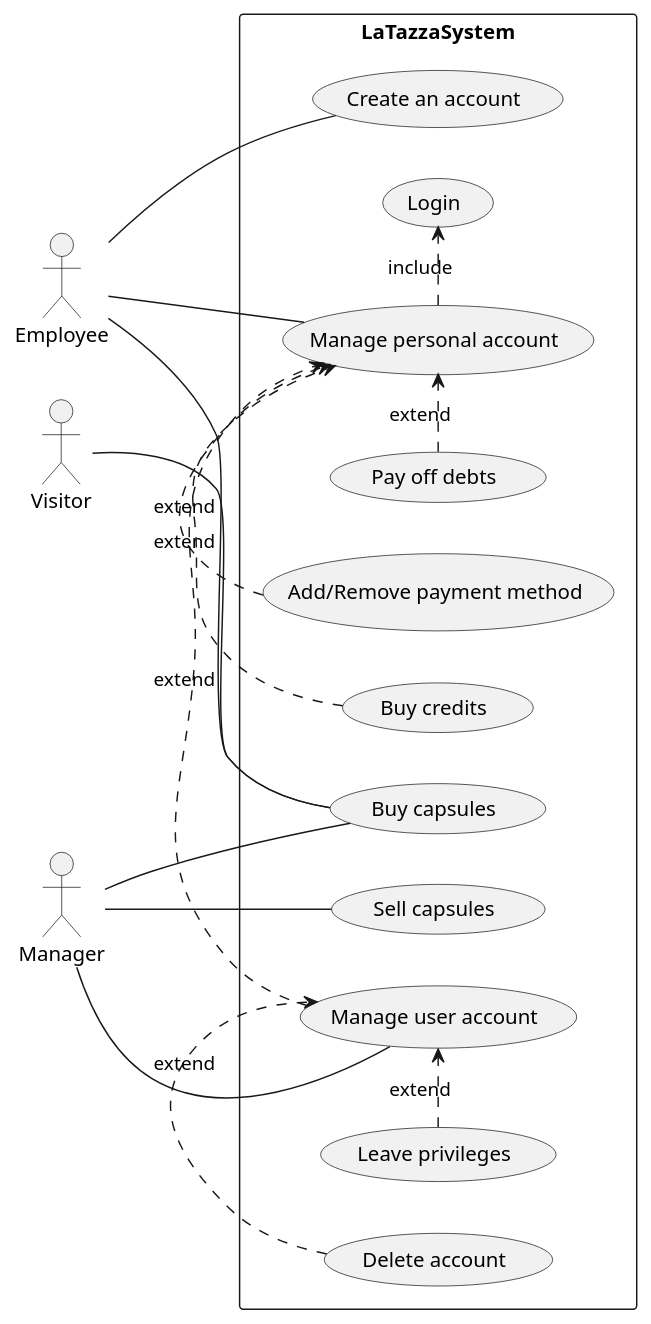
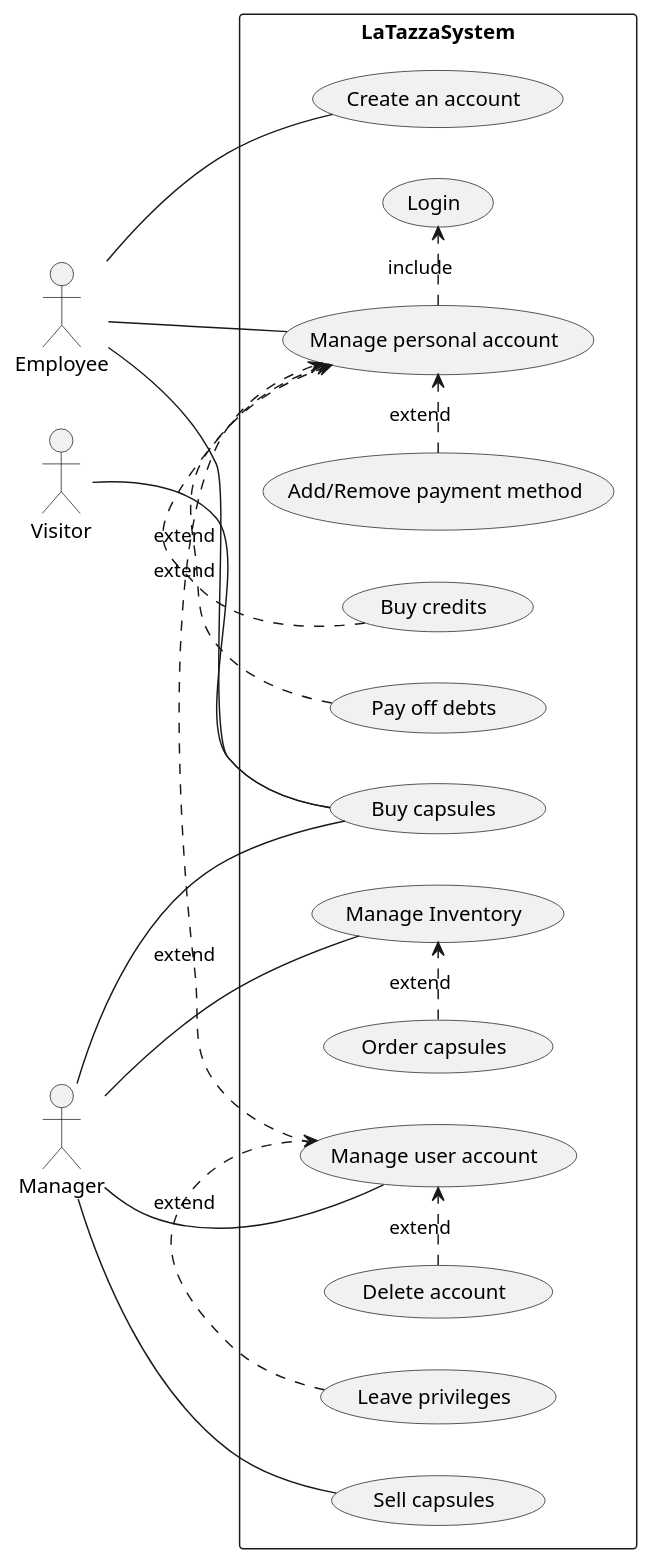
Before and after one commit to s41m0n/LaTazza: the second of 4 diagrams in requirements.md, drawn with PlantUML. The commit also changed other lines of this file, not shown here.

````diff
--- a/requirements.md
+++ b/requirements.md
@@ -184,36 +184,41 @@
 ``` plantuml
 left to right direction
 
 actor Employee as e
 actor Visitor as v
 actor Manager as m
 
 rectangle LaTazzaSystem {
 	(Buy capsules) as bc
 	(Sell capsules) as sc
 	(Add/Remove payment method) as pm
 	(Delete account) as da
 	(Leave privileges) as lp
 	(Login) as l
 	(Create an account) as ca
 	(Buy credits) as b
 	(Pay off debts) as p
 	(Manage personal account) as mpa
 	(Manage user account) as ma
+	(Manage Inventory) as mi
+	(Order capsules) as oc
+
 
 	m -- bc
 	m -- sc
 	e -- ca
 	e -- bc
 	e -- mpa
 	m  -- ma
+	m -- mi
 	v -- bc
 	mpa .> l : include
+	oc .> mi : extend
 	lp .> ma : extend
 	da .> ma : extend
 	ma .> mpa : extend
 	pm .> mpa : extend
 	b .> mpa : extend
 	p .> mpa : extend
 }
 ```
````
